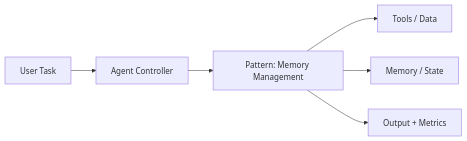
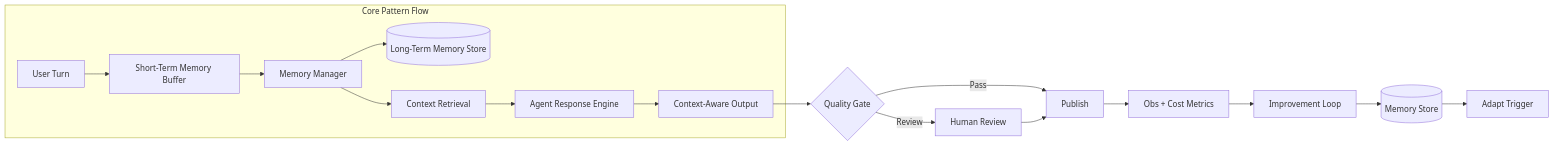
The diagram in notebooks/level_02_memory_and_adaptation/08_memory_management_architecture.md (vivekreeves/agentic-design-patterns-lab), drawn with Mermaid before and after one commit. The commit also changed 71 other files, not shown here.

````diff
--- a/notebooks/level_02_memory_and_adaptation/08_memory_management_architecture.md
+++ b/notebooks/level_02_memory_and_adaptation/08_memory_management_architecture.md
@@ -5,8 +5,19 @@
 ```mermaid
 flowchart LR
-  Q[User Task] --> A[Agent Controller]
-  A --> P[Pattern: Memory Management]
-  P --> T[Tools / Data]
-  P --> M[Memory / State]
-  P --> O[Output + Metrics]
+  subgraph CoreFlow[Core Pattern Flow]
+    U[User Turn] --> STM[Short-Term Memory Buffer]
+    STM --> MM[Memory Manager]
+    MM --> LTM[(Long-Term Memory Store)]
+    MM --> RET[Context Retrieval]
+    RET --> AG[Agent Response Engine]
+    AG --> O[Context-Aware Output]
+  end
+  O --> QG{Quality Gate}
+  QG -->|Pass| PUB[Publish]
+  QG -->|Review| HREV[Human Review]
+  HREV --> PUB
+  PUB --> OBS[Obs + Cost Metrics]
+  OBS --> LOOP[Improvement Loop]
+  LOOP --> MEM[(Memory Store)]
+  MEM --> ADAPT[Adapt Trigger]
 ```
````
